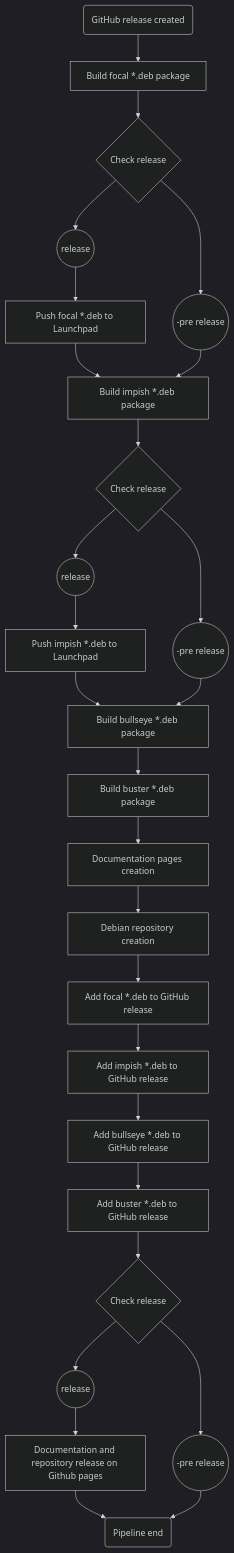
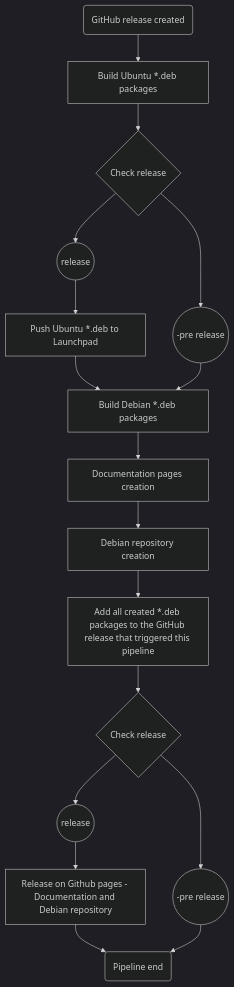
The second of 2 diagrams in docs/DeveloperDocs/ActionsAndReleases.md (imker25/samba_exporter), drawn with Mermaid before and after one commit. The commit also changed other lines of this file and 3 other files, not shown here.

````diff
--- a/docs/DeveloperDocs/ActionsAndReleases.md
+++ b/docs/DeveloperDocs/ActionsAndReleases.md
@@ -46,58 +46,39 @@
 ```mermaid
 %%{init: {'theme':'dark'}}%%
 graph TD;
     release(GitHub release created)
-    buildFocal[Build focal *.deb package]
-    buildImpish[Build impish *.deb package]
-    buildBuster[Build buster *.deb package]
-    buildBullseye[Build bullseye *.deb package]
+    buildUbuntu[Build Ubuntu *.deb packages]
+    buildDebian[Build Debian *.deb packages]
     docs[Documentation pages creation]
     repo[Debian repository creation]
-    releaseFocalLP[Push focal *.deb to Launchpad]
-    releaseImpishLP[Push impish *.deb to Launchpad]
-    releaseFocalGR[Add focal *.deb to GitHub release]
-    releaseImpishGR[Add impish *.deb to GitHub release]    
-    releaseBullseyeGR[Add bullseye *.deb to GitHub release]
-    releaseBusterGR[Add buster *.deb to GitHub release] 
-    pagesRelease[Documentation and repository release on Github pages]
+    releaseUbuntuLP[Push Ubuntu *.deb to Launchpad]
+    releaseGR[Add all created *.deb packages to the GitHub release that triggered this pipeline]
+    pagesRelease[Release on Github pages - Documentation and Debian repository]
     done(Pipeline end)
     checkRelease1{Check release}
     preRelease1(( -pre release))
     fullRelease1((release))
-    checkRelease2{Check release}
-    preRelease2(( -pre release))
-    fullRelease2((release))
+
     checkRelease3{Check release}
     preRelease3(( -pre release))
     fullRelease3((release))
 
-    release-->buildFocal
-    buildFocal-->checkRelease1
+    release-->buildUbuntu
+    buildUbuntu-->checkRelease1
     checkRelease1-->preRelease1
     checkRelease1-->fullRelease1
-    fullRelease1-->releaseFocalLP
-    releaseFocalLP-->buildImpish
-    preRelease1-->buildImpish
+    fullRelease1-->releaseUbuntuLP
+    releaseUbuntuLP-->buildDebian
+    preRelease1 --> buildDebian
 
-    buildImpish-->checkRelease2
-    checkRelease2-->preRelease2
-    checkRelease2-->fullRelease2
-    fullRelease2-->releaseImpishLP
-    releaseImpishLP-->buildBullseye
-    preRelease2-->buildBullseye
-
-    buildBullseye-->buildBuster
-    buildBuster-->docs
+    buildDebian-->docs
     docs-->repo
-    repo-->releaseFocalGR
-    releaseFocalGR-->releaseImpishGR
-    releaseImpishGR-->releaseBullseyeGR
-    releaseBullseyeGR-->releaseBusterGR
-    releaseBusterGR-->checkRelease3
+    repo-->releaseGR
+    releaseGR-->checkRelease3
 
     checkRelease3-->preRelease3
     checkRelease3-->fullRelease3
     fullRelease3-->pagesRelease
     pagesRelease-->done
     preRelease3-->done
 ```
````
